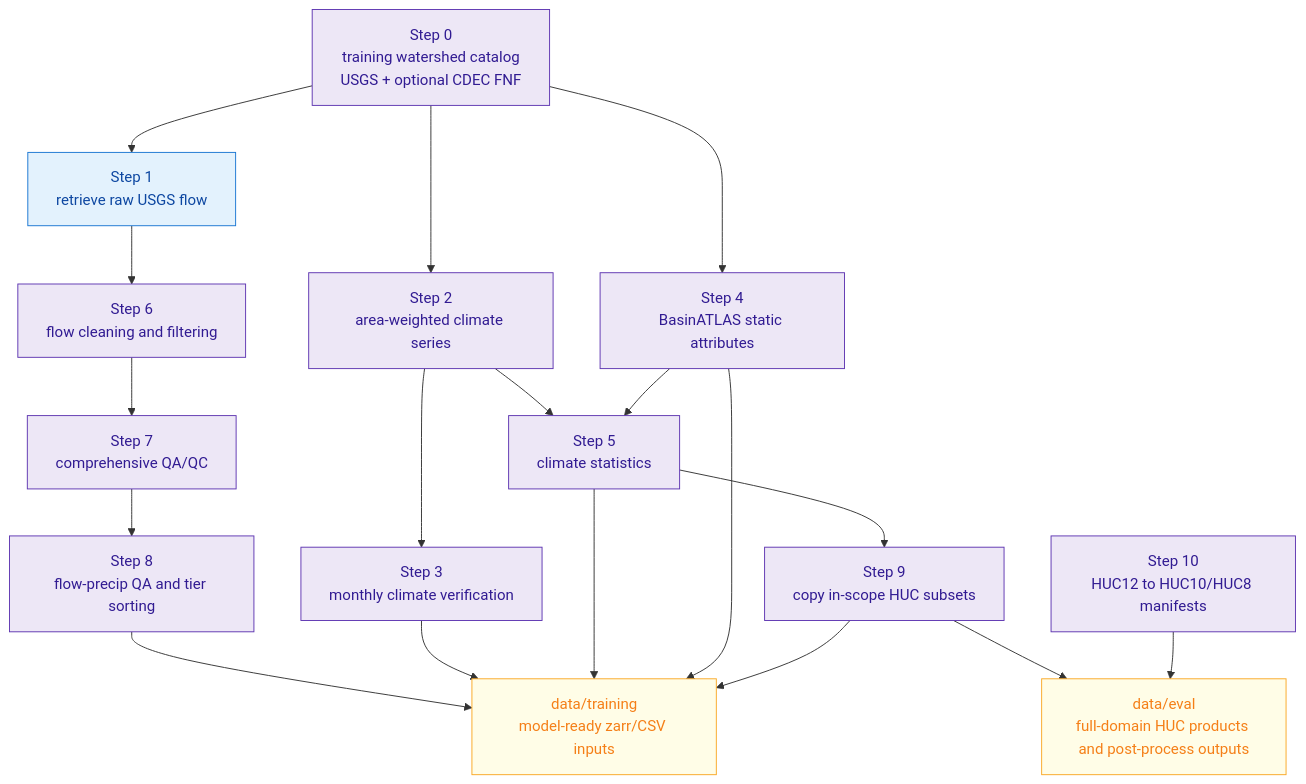
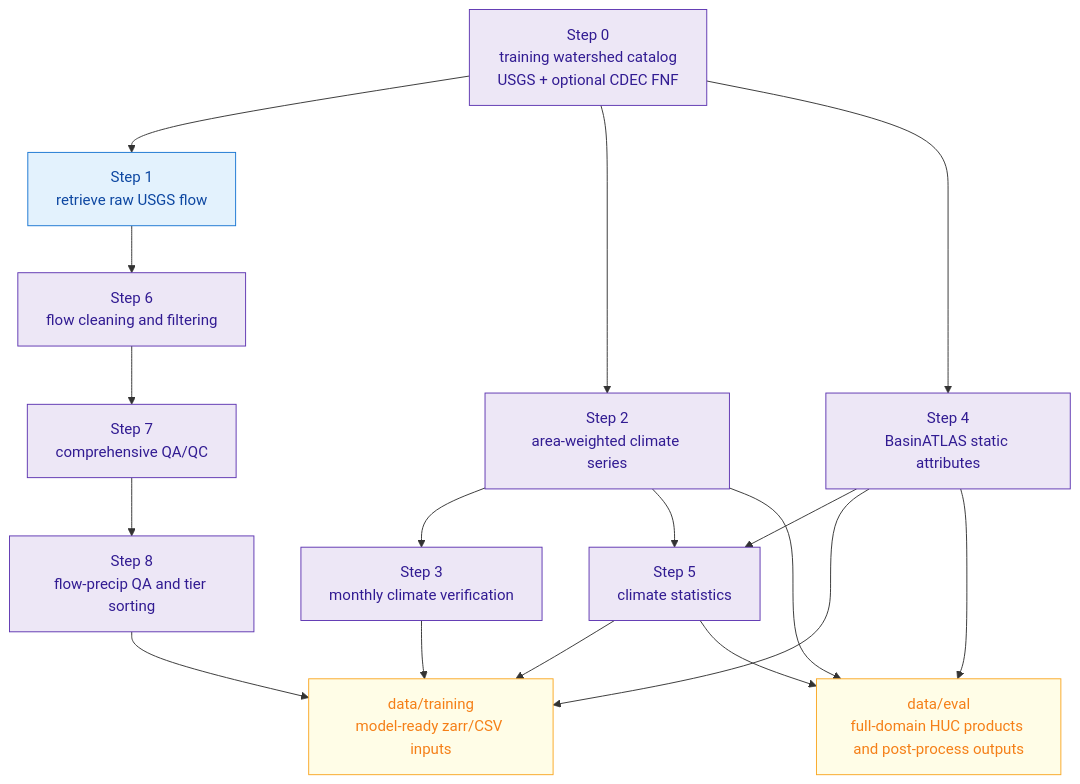
Before and after one commit to wyattarnold/neuralhyd-ca: the first of 2 diagrams in docs/models/overview.md, drawn with Mermaid. The commit also changed other lines of this file and 7 other files, not shown here.

````diff
--- a/docs/models/overview.md
+++ b/docs/models/overview.md
@@ -41,33 +41,31 @@
 ```mermaid
 flowchart TD
     Catalog["Step 0<br/>training watershed catalog<br/>USGS + optional CDEC FNF"]:::seq
     FlowRaw["Step 1<br/>retrieve raw USGS flow"]:::input
     Climate["Step 2<br/>area-weighted climate series"]:::seq
     ClimateQA["Step 3<br/>monthly climate verification"]:::seq
     Static["Step 4<br/>BasinATLAS static attributes"]:::seq
     ClimStats["Step 5<br/>climate statistics"]:::seq
     FlowClean["Step 6<br/>flow cleaning and filtering"]:::seq
     QA["Step 7<br/>comprehensive QA/QC"]:::seq
     Tier["Step 8<br/>flow-precip QA and tier sorting"]:::seq
-    HUCSubset["Step 9<br/>copy in-scope HUC subsets"]:::seq
-    SimManifests["Step 10<br/>HUC12 to HUC10/HUC8 manifests"]:::seq
     TrainingTree["data/training<br/>model-ready zarr/CSV inputs"]:::output
     EvalTree["data/eval<br/>full-domain HUC products and post-process outputs"]:::output
 
     Catalog --> FlowRaw --> FlowClean
     Catalog --> Climate --> ClimateQA
     Catalog --> Static
     Climate --> ClimStats
     Static --> ClimStats
     FlowClean --> QA --> Tier --> TrainingTree
     ClimateQA --> TrainingTree
     ClimStats --> TrainingTree
     Static --> TrainingTree
-    ClimStats --> HUCSubset --> TrainingTree
-    HUCSubset --> EvalTree
-    SimManifests --> EvalTree
+    Climate --> EvalTree
+    Static --> EvalTree
+    ClimStats --> EvalTree
 
     classDef input fill:#e3f2fd,stroke:#1976d2,color:#0d47a1
     classDef seq fill:#ede7f6,stroke:#5e35b1,color:#311b92
     classDef output fill:#fffde7,stroke:#f9a825,color:#f57f17
 ```
````
